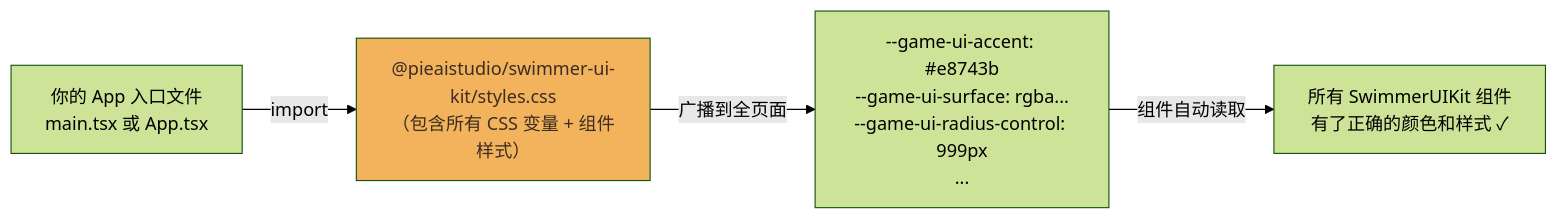
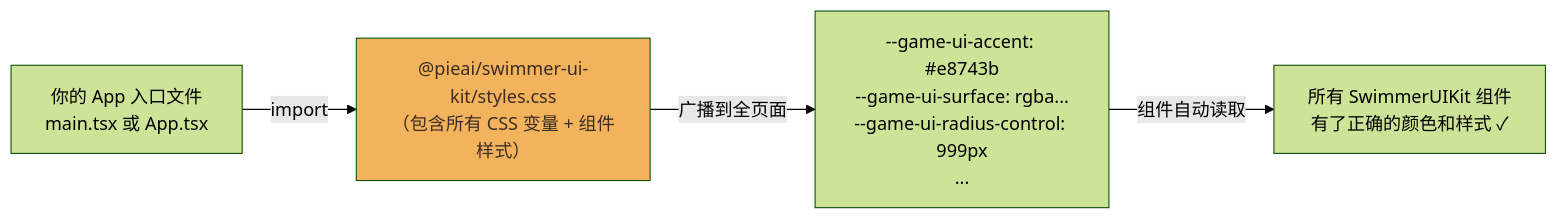
The second of 5 diagrams in doc/LearningFrom0/04-use-in-new-app.md (PieAIStudio/SwimmerUIKit), drawn with Mermaid (forest theme) before and after one commit. The commit also changed other lines of this file and 16 other files, not shown here.

````diff
--- a/doc/LearningFrom0/04-use-in-new-app.md
+++ b/doc/LearningFrom0/04-use-in-new-app.md
@@ -96,10 +85,10 @@
 ```mermaid
 graph LR
-    CSS["@pieaistudio/swimmer-ui-kit/styles.css\n（包含所有 CSS 变量 + 组件样式）"]
+    CSS["@pieai/swimmer-ui-kit/styles.css\n（包含所有 CSS 变量 + 组件样式）"]
     ROOT["你的 App 入口文件\nmain.tsx 或 App.tsx"]
     ROOT -->|import| CSS
     CSS -->|广播到全页面| VARS["--game-ui-accent: #e8743b\n--game-ui-surface: rgba...\n--game-ui-radius-control: 999px\n..."]
     VARS -->|组件自动读取| COMP["所有 SwimmerUIKit 组件\n有了正确的颜色和样式 ✓"]
 
     style CSS fill:#f2b35c,color:#3b2d23
 ```
````
